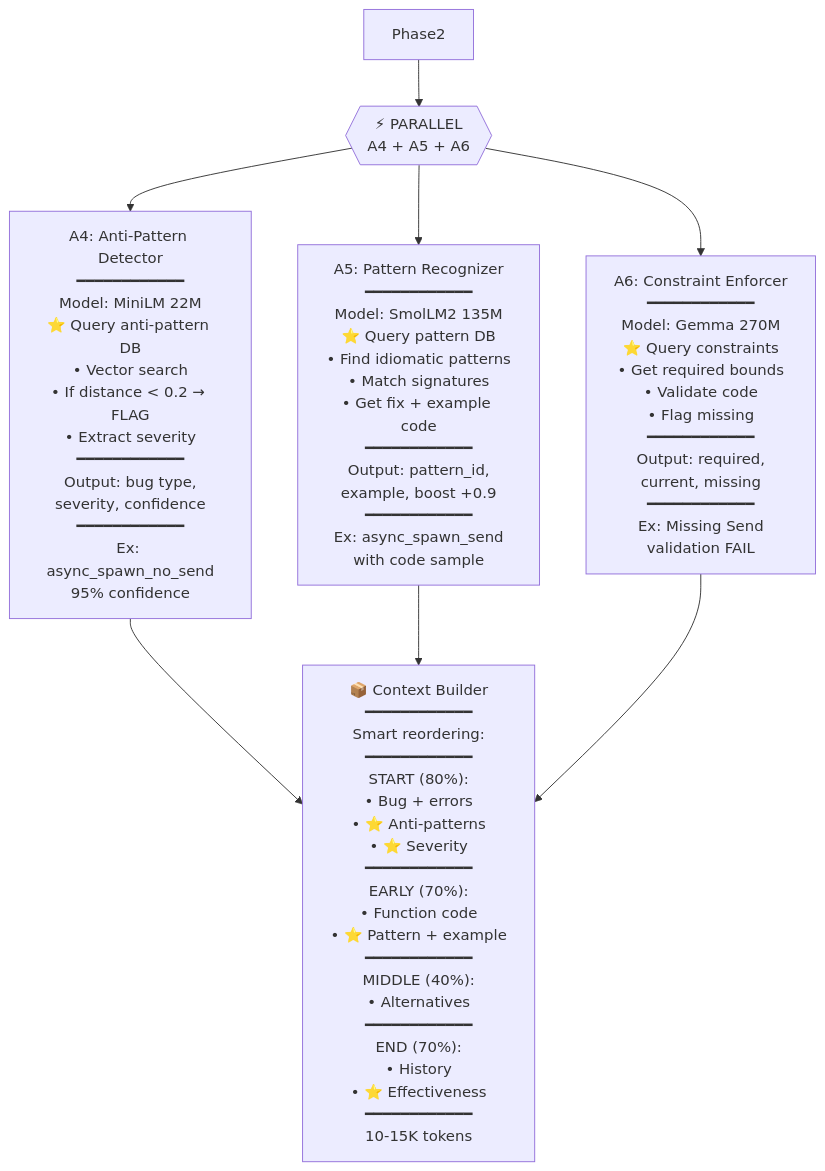
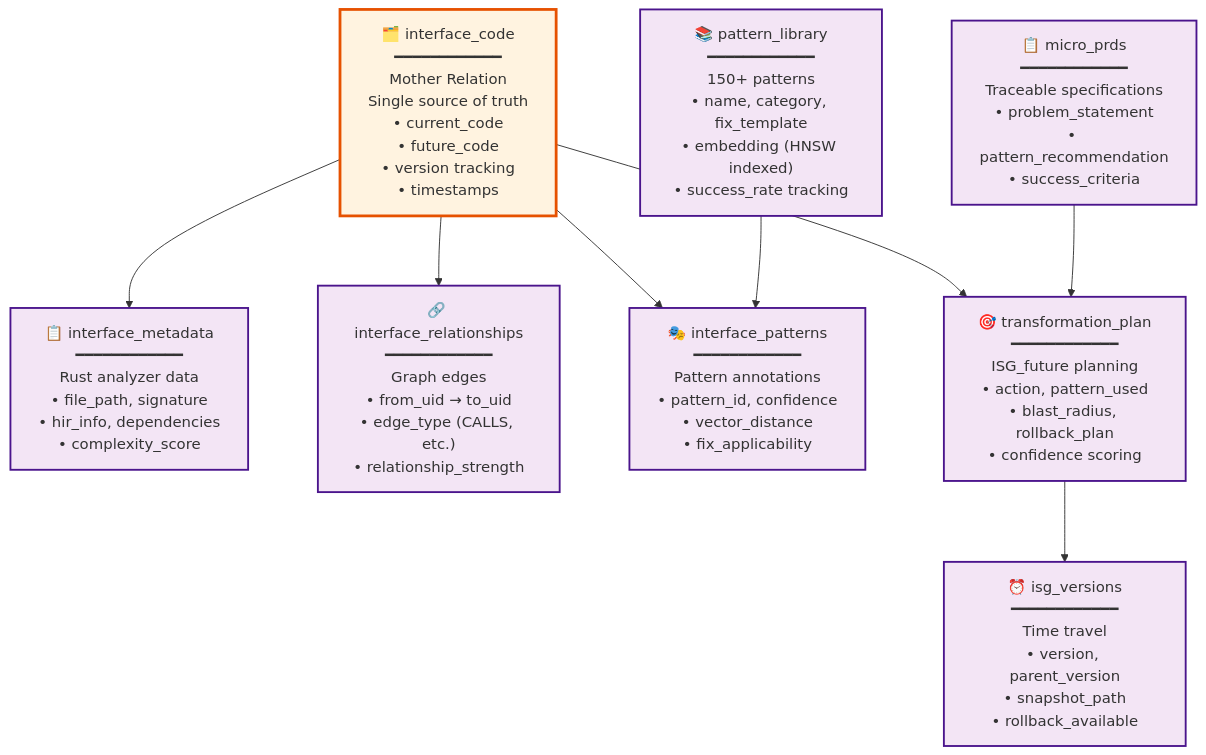
Before and after one commit to that-in-rust/transfiguration: the second of 5 diagrams in Insp09_ActiveWorkspaces_StrategicInitiatives/Insp04_PRD202510/P21_ArchV01.md, drawn with Mermaid. The commit also changed other lines of this file and 1 other file, not shown here.

````diff
--- a/Insp09_ActiveWorkspaces_StrategicInitiatives/Insp04_PRD202510/P21_ArchV01.md
+++ b/Insp09_ActiveWorkspaces_StrategicInitiatives/Insp04_PRD202510/P21_ArchV01.md
@@ -207,14 +71,34 @@
 ```mermaid
+---
+config:
+  flowchart:
+    nodeSpacing: 75
+    rankSpacing: 75
+    curve: basis
+---
 flowchart TD
-    Phase2 --> ParallelValidation{{"⚡ PARALLEL<br/>A4 + A5 + A6"}}
+    %% Data Architecture Overview
+    InterfaceCode["🗂️ interface_code<br/>━━━━━━━━━━━━<br/>Mother Relation<br/>Single source of truth<br/>• current_code<br/>• future_code<br/>• version tracking<br/>• timestamps"]
+    InterfaceMetadata["📋 interface_metadata<br/>━━━━━━━━━━━━<br/>Rust analyzer data<br/>• file_path, signature<br/>• hir_info, dependencies<br/>• complexity_score"]
+    InterfaceRelationships["🔗 interface_relationships<br/>━━━━━━━━━━━━<br/>Graph edges<br/>• from_uid → to_uid<br/>• edge_type (CALLS, etc.)<br/>• relationship_strength"]
+    InterfacePatterns["🎭 interface_patterns<br/>━━━━━━━━━━━━<br/>Pattern annotations<br/>• pattern_id, confidence<br/>• vector_distance<br/>• fix_applicability"]
+    PatternLibrary["📚 pattern_library<br/>━━━━━━━━━━━━<br/>150+ patterns<br/>• name, category, fix_template<br/>• embedding (HNSW indexed)<br/>• success_rate tracking"]
+    TransformationPlan["🎯 transformation_plan<br/>━━━━━━━━━━━━<br/>ISG_future planning<br/>• action, pattern_used<br/>• blast_radius, rollback_plan<br/>• confidence scoring"]
+    ISGVersions["⏰ isg_versions<br/>━━━━━━━━━━━━<br/>Time travel<br/>• version, parent_version<br/>• snapshot_path<br/>• rollback_available"]
+    MicroPRDs["📋 micro_prds<br/>━━━━━━━━━━━━<br/>Traceable specifications<br/>• problem_statement<br/>• pattern_recommendation<br/>• success_criteria"]
 
-    ParallelValidation --> A4["A4: Anti-Pattern Detector<br/>━━━━━━━━━━━━<br/>Model: MiniLM 22M<br/>⭐ Query anti-pattern DB<br/>• Vector search<br/>• If distance < 0.2 → FLAG<br/>• Extract severity<br/>━━━━━━━━━━━━<br/>Output: bug type,<br/>severity, confidence<br/>━━━━━━━━━━━━<br/>Ex: async_spawn_no_send<br/>95% confidence"]
+    InterfaceCode --> InterfaceMetadata
+    InterfaceCode --> InterfaceRelationships
+    InterfaceCode --> InterfacePatterns
+    InterfaceCode --> TransformationPlan
+    PatternLibrary --> InterfacePatterns
+    TransformationPlan --> ISGVersions
+    MicroPRDs --> TransformationPlan
 
-    ParallelValidation --> A5["A5: Pattern Recognizer<br/>━━━━━━━━━━━━<br/>Model: SmolLM2 135M<br/>⭐ Query pattern DB<br/>• Find idiomatic patterns<br/>• Match signatures<br/>• Get fix + example code<br/>━━━━━━━━━━━━<br/>Output: pattern_id,<br/>example, boost +0.9<br/>━━━━━━━━━━━━<br/>Ex: async_spawn_send<br/>with code sample"]
+    %% Styling
+    classDef centralClass fill:#fff3e0,stroke:#e65100,stroke-width:3px
+    classDef supportClass fill:#f3e5f5,stroke:#4a148c,stroke-width:2px
 
-    ParallelValidation --> A6["A6: Constraint Enforcer<br/>━━━━━━━━━━━━<br/>Model: Gemma 270M<br/>⭐ Query constraints<br/>• Get required bounds<br/>• Validate code<br/>• Flag missing<br/>━━━━━━━━━━━━<br/>Output: required,<br/>current, missing<br/>━━━━━━━━━━━━<br/>Ex: Missing Send<br/>validation FAIL"]
-
-    A4 --> ContextBuilder["📦 Context Builder<br/>━━━━━━━━━━━━<br/>Smart reordering:<br/>━━━━━━━━━━━━<br/>START (80%):<br/>• Bug + errors<br/>• ⭐ Anti-patterns<br/>• ⭐ Severity<br/>━━━━━━━━━━━━<br/>EARLY (70%):<br/>• Function code<br/>• ⭐ Pattern + example<br/>━━━━━━━━━━━━<br/>MIDDLE (40%):<br/>• Alternatives<br/>━━━━━━━━━━━━<br/>END (70%):<br/>• History<br/>• ⭐ Effectiveness<br/>━━━━━━━━━━━━<br/>10-15K tokens"]
-    A5 --> ContextBuilder
-    A6 --> ContextBuilder
+    class InterfaceCode centralClass
+    class InterfaceMetadata,InterfaceRelationships,InterfacePatterns,PatternLibrary,TransformationPlan,ISGVersions,MicroPRDs supportClass
 ```
````
